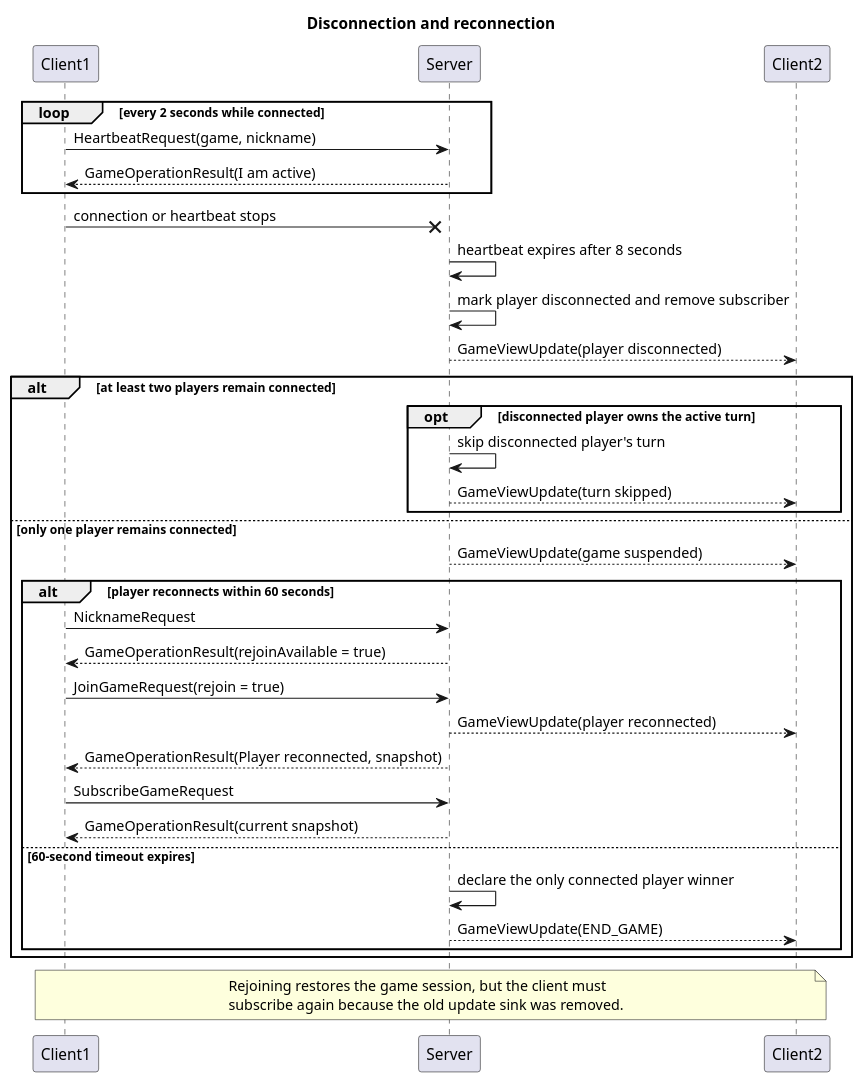
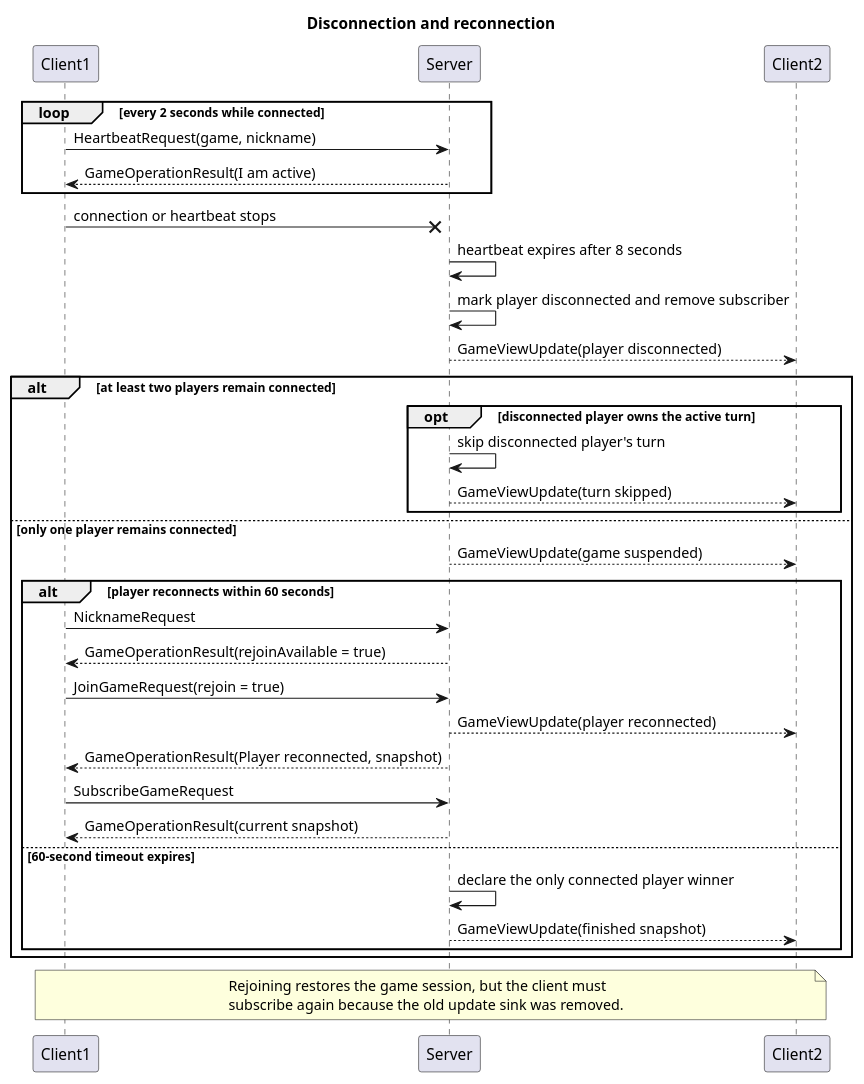
One commit to matteoroda05/Mesos changed the diagram in UML_Diagram/SequenceDiagrams/08-disconnection-and-reconnection.puml. Above: the diagram before and after it, drawn with PlantUML. The commit also changed 3 other files, not shown here.

Commit message:
docs(deliverables): update sequence diagrams, add script to generate svg

```diff
--- a/UML_Diagram/SequenceDiagrams/08-disconnection-and-reconnection.puml
+++ b/UML_Diagram/SequenceDiagrams/08-disconnection-and-reconnection.puml
@@ -1,45 +1,45 @@
 @startuml
 
 title Disconnection and reconnection
 
 participant Client1
 participant Server
 participant Client2
 
 loop every 2 seconds while connected
 Client1->Server: HeartbeatRequest(game, nickname)
 Server-->Client1: GameOperationResult(I am active)
 end
 
 Client1 -x Server: connection or heartbeat stops
 Server->Server: heartbeat expires after 8 seconds
 Server->Server: mark player disconnected and remove subscriber
 Server-->Client2: GameViewUpdate(player disconnected)
 
 alt at least two players remain connected
 opt disconnected player owns the active turn
 Server->Server: skip disconnected player's turn
 Server-->Client2: GameViewUpdate(turn skipped)
 end
 else only one player remains connected
 Server-->Client2: GameViewUpdate(game suspended)
 alt player reconnects within 60 seconds
 Client1->Server: NicknameRequest
 Server-->Client1: GameOperationResult(rejoinAvailable = true)
 Client1->Server: JoinGameRequest(rejoin = true)
 Server-->Client2: GameViewUpdate(player reconnected)
 Server-->Client1: GameOperationResult(Player reconnected, snapshot)
 Client1->Server: SubscribeGameRequest
 Server-->Client1: GameOperationResult(current snapshot)
 else 60-second timeout expires
 Server->Server: declare the only connected player winner
-Server-->Client2: GameViewUpdate(END_GAME)
+Server-->Client2: GameViewUpdate(finished snapshot)
 end
 end
 
 note over Client1, Client2
 Rejoining restores the game session, but the client must
 subscribe again because the old update sink was removed.
 end note
 
 @enduml
```
